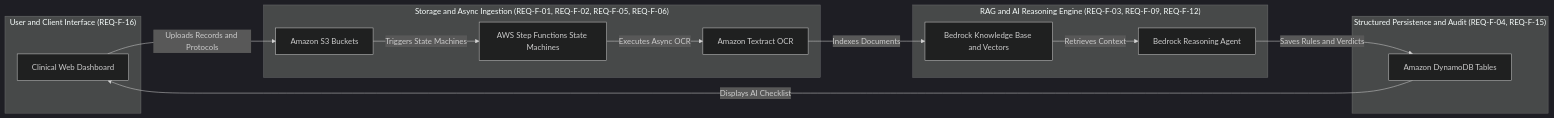
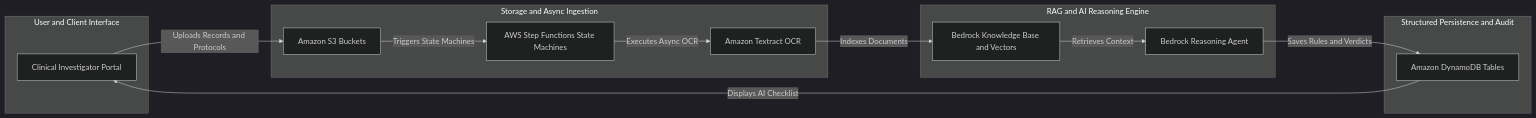
One commit to skarj/aws-solution-medical-agent changed the first of 6 diagrams in Architecture.md. Above: the diagram before and after it, drawn with Mermaid (dark theme). The commit also changed other lines of this file and 5 other files, not shown here.

Commit message:
Remove tags from diagrams, change persona name

````diff
--- a/Architecture.md
+++ b/Architecture.md
@@ -5,29 +5,29 @@
 ```mermaid
 graph LR
-    subgraph Client_Tier ["User and Client Interface (REQ-F-16)"]
-        WEB["Clinical Web Dashboard"]
+    subgraph Client_Tier ["User and Client Interface"]
+        WEB["Clinical Investigator Portal"]
     end
 
-    subgraph Ingestion_Tier ["Storage and Async Ingestion (REQ-F-01, REQ-F-02, REQ-F-05, REQ-F-06)"]
+    subgraph Ingestion_Tier ["Storage and Async Ingestion"]
         S3["Amazon S3 Buckets"]
         SFN["AWS Step Functions State Machines"]
         OCR["Amazon Textract OCR"]
     end
 
-    subgraph AI_Engine_Tier ["RAG and AI Reasoning Engine (REQ-F-03, REQ-F-09, REQ-F-12)"]
+    subgraph AI_Engine_Tier ["RAG and AI Reasoning Engine"]
         KB["Bedrock Knowledge Base and Vectors"]
         AGENT["Bedrock Reasoning Agent"]
     end
 
-    subgraph Persistence_Tier ["Structured Persistence and Audit (REQ-F-04, REQ-F-15)"]
+    subgraph Persistence_Tier ["Structured Persistence and Audit"]
         DDB["Amazon DynamoDB Tables"]
     end
 
     WEB -->|"Uploads Records and Protocols"| S3
     S3 -->|"Triggers State Machines"| SFN
     SFN -->|"Executes Async OCR"| OCR
     OCR -->|"Indexes Documents"| KB
     KB -->|"Retrieves Context"| AGENT
     AGENT -->|"Saves Rules and Verdicts"| DDB
     DDB -->|"Displays AI Checklist"| WEB
 ```
````
